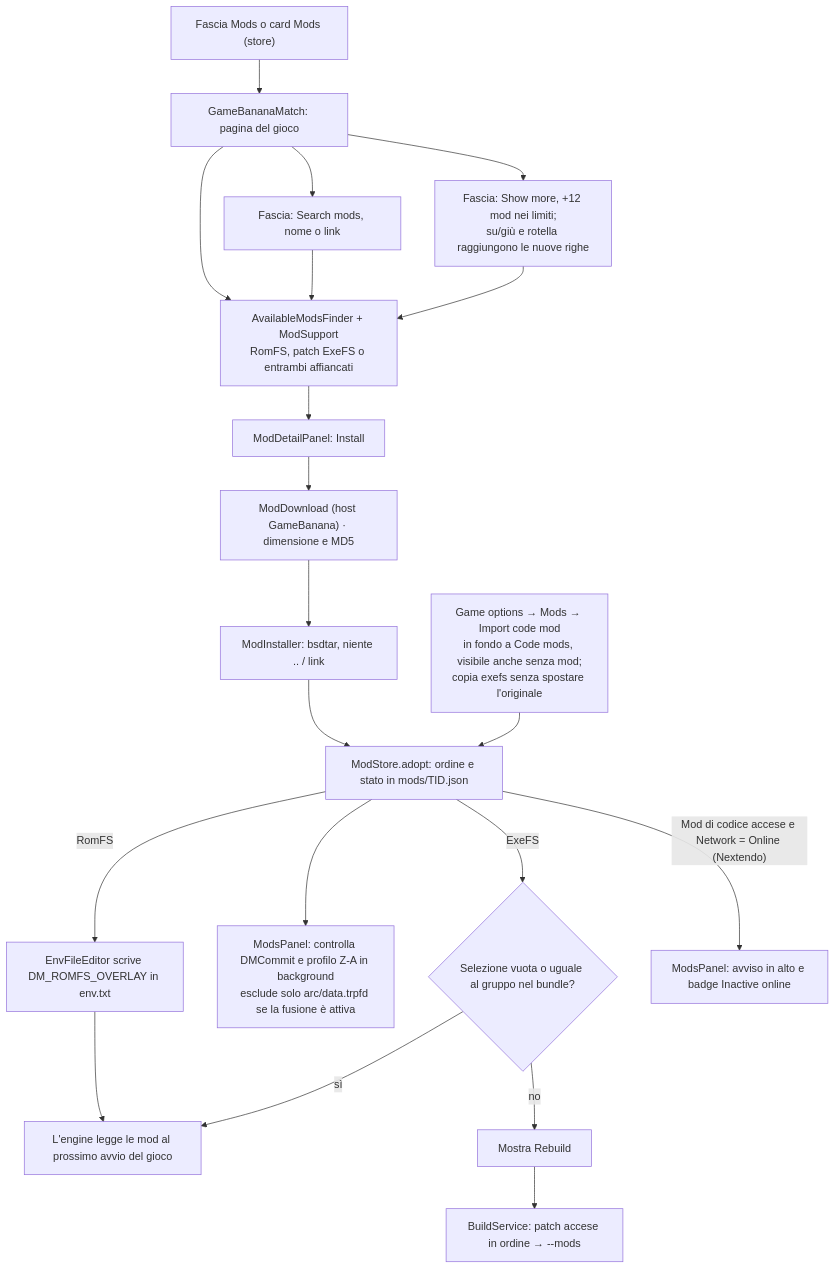
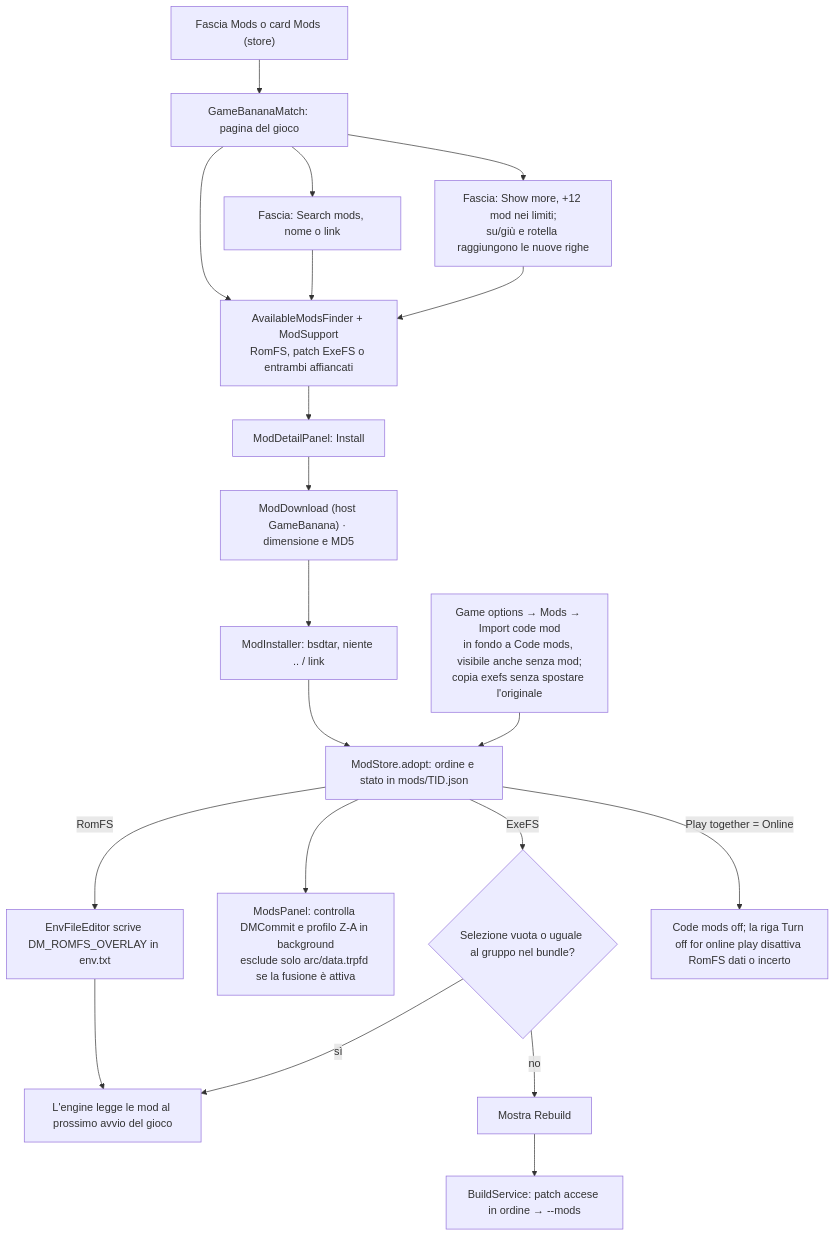
Before and after one commit to sofianbll/NxLibrary: the seventh of 9 diagrams in docs/how-it-works/flows.md, drawn with Mermaid. The commit also changed other lines of this file and 35 other files, not shown here.

````diff
--- a/docs/how-it-works/flows.md
+++ b/docs/how-it-works/flows.md
@@ -211,22 +214,22 @@
 ```mermaid
 flowchart TD
     A["Fascia Mods o card Mods (store)"] --> B["GameBananaMatch: pagina del gioco"]
     B --> C["AvailableModsFinder + ModSupport<br/>RomFS, patch ExeFS o entrambi affiancati"]
     B --> S["Fascia: Search mods, nome o link"]
     S --> C
     B --> M["Fascia: Show more, +12 mod nei limiti;<br/>su/giù e rotella raggiungono le nuove righe"]
     M --> C
     C --> D["ModDetailPanel: Install"]
     D --> E["ModDownload (host GameBanana) · dimensione e MD5"]
     E --> F["ModInstaller: bsdtar, niente .. / link"]
     F --> G["ModStore.adopt: ordine e stato in mods/TID.json"]
     L["Game options → Mods → Import code mod<br/>in fondo a Code mods, visibile anche senza mod;<br/>copia exefs senza spostare l'originale"] --> G
     G -->|"RomFS"| H["EnvFileEditor scrive DM_ROMFS_OVERLAY in env.txt"]
     G --> C2["ModsPanel: controlla DMCommit e profilo Z-A in background<br/>esclude solo arc/data.trpfd se la fusione è attiva"]
     H --> I["L'engine legge le mod al prossimo avvio del gioco"]
     G -->|"ExeFS"| C3{"Selezione vuota o uguale al gruppo nel bundle?"}
     C3 -->|"sì"| I
     C3 -->|"no"| R["Mostra Rebuild"]
-    G -->|"Mod di codice accese e Network = Online (Nextendo)"| NX["ModsPanel: avviso in alto e badge Inactive online"]
+    G -->|"Play together = Online"| NX["Code mods off; la riga Turn off for online play disattiva RomFS dati o incerto"]
     R --> P["BuildService: patch accese in ordine → --mods"]
 ```
````
